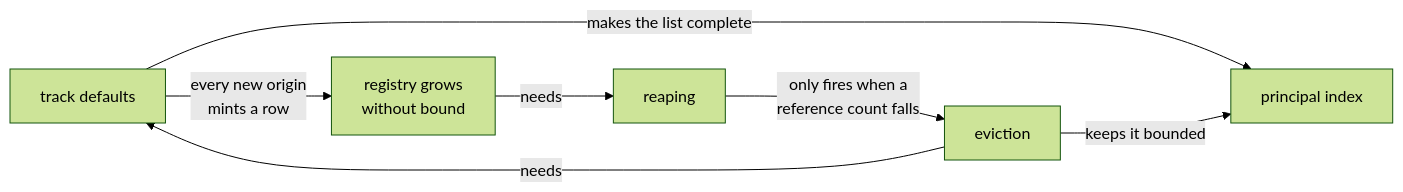
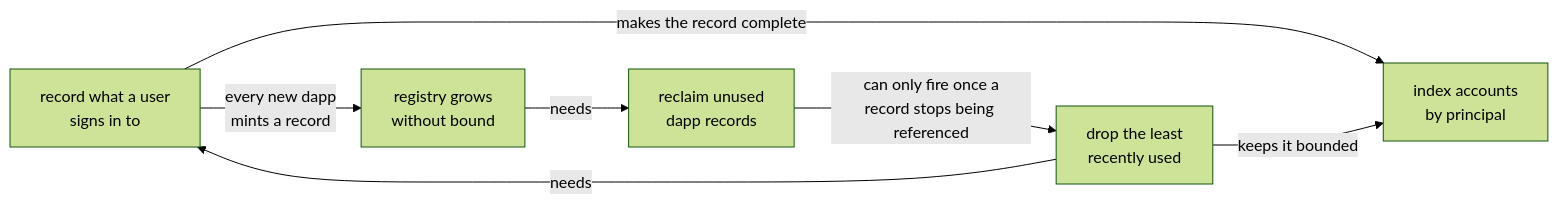
Before and after one commit to dfinity/internet-identity: the second of 7 diagrams in docs/ongoing/tracked-default-accounts.md, drawn with Mermaid (forest theme). The commit also changed other lines of this file, not shown here.

````diff
--- a/docs/ongoing/tracked-default-accounts.md
+++ b/docs/ongoing/tracked-default-accounts.md
@@ -36,9 +41,9 @@
 ```mermaid
 flowchart LR
-    T["track defaults"] -->|"every new origin<br/>mints a row"| G["registry grows<br/>without bound"]
-    G -->|"needs"| R["reaping"]
-    R -->|"only fires when a<br/>reference count falls"| E["eviction"]
+    T["record what a user<br/>signs in to"] -->|"every new dapp<br/>mints a record"| G["registry grows<br/>without bound"]
+    G -->|"needs"| R["reclaim unused<br/>dapp records"]
+    R -->|"can only fire once a<br/>record stops being referenced"| E["drop the least<br/>recently used"]
     E -->|"needs"| T
-    T -->|"makes the list complete"| I["principal index"]
+    T -->|"makes the record complete"| I["index accounts<br/>by principal"]
     E -->|"keeps it bounded"| I
 ```
````
